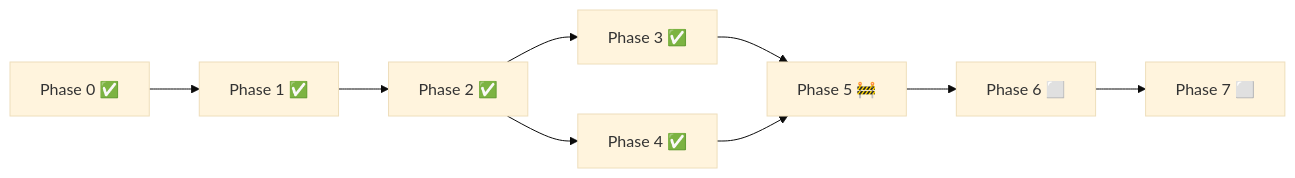
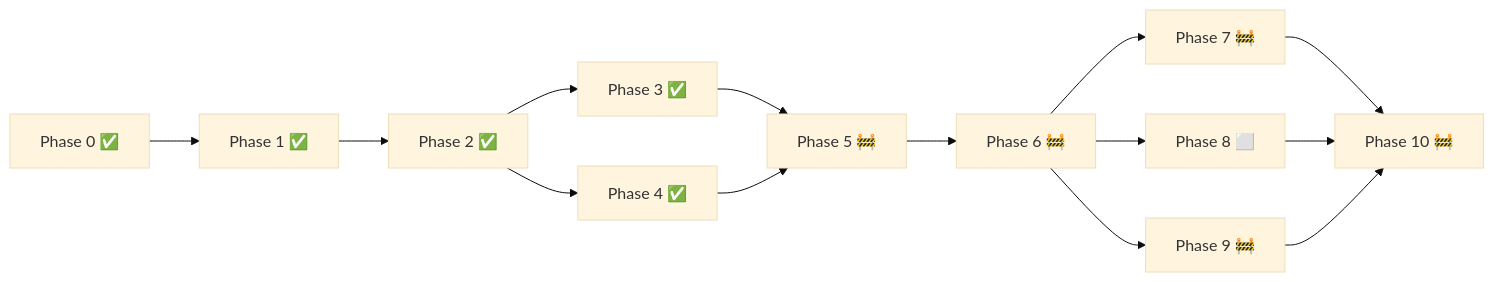
Before and after one commit to AndyUneducated/repo-sage: the second of 2 diagrams in docs/ROADMAP.md, drawn with Mermaid (base theme). The commit also changed other lines of this file and 35 other files, not shown here.

````diff
--- a/docs/ROADMAP.md
+++ b/docs/ROADMAP.md
@@ -183,11 +254,16 @@
 ```mermaid
 flowchart LR
   P0["Phase 0 ✅"] --> P1["Phase 1 ✅"]
   P1 --> P2["Phase 2 ✅"]
   P2 --> P3["Phase 3 ✅"]
   P2 --> P4["Phase 4 ✅"]
   P3 --> P5["Phase 5 🚧"]
   P4 --> P5
-  P5 --> P6["Phase 6 ⬜"]
-  P6 --> P7["Phase 7 ⬜"]
+  P5 --> P6["Phase 6 🚧"]
+  P6 --> P7["Phase 7 🚧"]
+  P6 --> P8["Phase 8 ⬜"]
+  P6 --> P9["Phase 9 🚧"]
+  P7 --> P10["Phase 10 🚧"]
+  P8 --> P10
+  P9 --> P10
 ```
````
